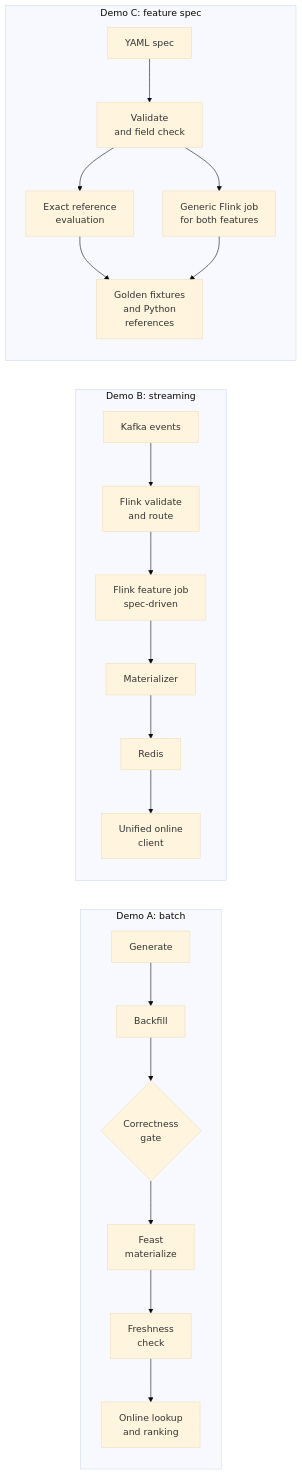
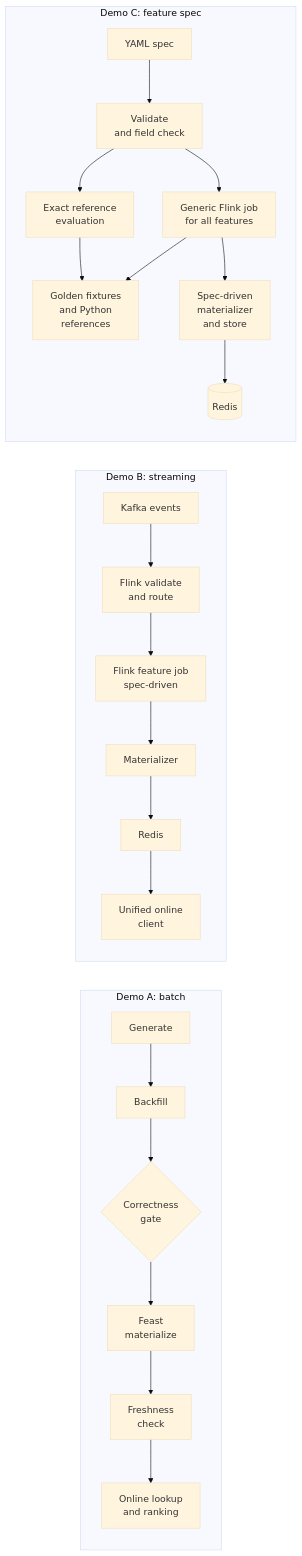
Before and after one commit to oster-dev/featureforge: the diagram in docs/demo.md, drawn with Mermaid (base theme). The commit also changed other lines of this file and 8 other files, not shown here.

First line of the commit message:
docs: record the spec-driven online path across README, STATUS and de… (#40)

````diff
--- a/docs/demo.md
+++ b/docs/demo.md
@@ -13,13 +13,14 @@
 ```mermaid
 flowchart LR
     subgraph A["Demo A: batch"]
         A1[Generate] --> A2[Backfill] --> A3{Correctness<br/>gate} --> A4[Feast<br/>materialize] --> A5[Freshness<br/>check] --> A6[Online lookup<br/>and ranking]
     end
     subgraph B["Demo B: streaming"]
         B1[Kafka events] --> B2[Flink validate<br/>and route] --> B3[Flink feature job<br/>spec-driven] --> B4[Materializer] --> B5[Redis] --> B6[Unified online<br/>client]
     end
     subgraph C["Demo C: feature spec"]
         C1[YAML spec] --> C2[Validate<br/>and field check] --> C3[Exact reference<br/>evaluation] --> C4[Golden fixtures<br/>and Python<br/>references]
-        C2 --> C5[Generic Flink job<br/>for both features] --> C4
+        C2 --> C5[Generic Flink job<br/>for all features] --> C4
+        C5 --> C6[Spec-driven<br/>materializer<br/>and store] --> C7[(Redis)]
     end
 ```
````
